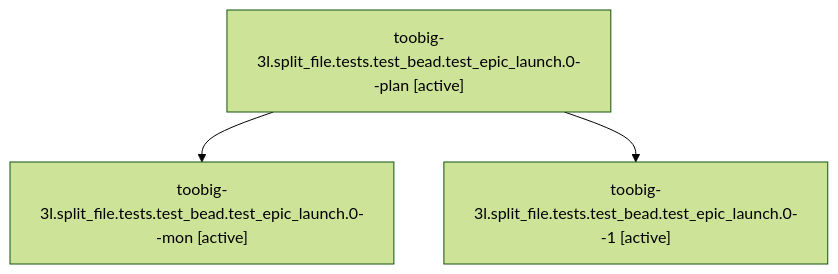
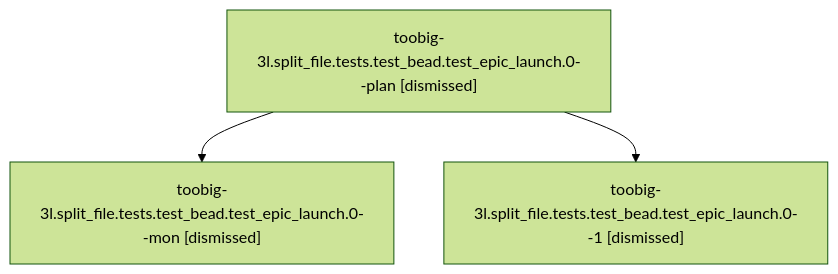
The diagram in sessions/bbugyi200.athena.toobig-3l.split_file.tests.test_bead.test_epic_launch.0.md (sase-org/sase--agents), drawn with Mermaid (forest theme) before and after one commit. The commit also changed other lines of this file and 138 other files, not shown here.

````diff
--- a/sessions/bbugyi200.athena.toobig-3l.split_file.tests.test_bead.test_epic_launch.0.md
+++ b/sessions/bbugyi200.athena.toobig-3l.split_file.tests.test_bead.test_epic_launch.0.md
@@ -9,8 +9,8 @@
 ```mermaid
 flowchart TD
-  n0["toobig-3l.split_file.tests.test_bead.test_epic_launch.0--plan [active]"]
-  n1["toobig-3l.split_file.tests.test_bead.test_epic_launch.0--mon [active]"]
+  n0["toobig-3l.split_file.tests.test_bead.test_epic_launch.0--plan [dismissed]"]
+  n1["toobig-3l.split_file.tests.test_bead.test_epic_launch.0--mon [dismissed]"]
   n0 --> n1
-  n2["toobig-3l.split_file.tests.test_bead.test_epic_launch.0--1 [active]"]
+  n2["toobig-3l.split_file.tests.test_bead.test_epic_launch.0--1 [dismissed]"]
   n0 --> n2
 ```
````
